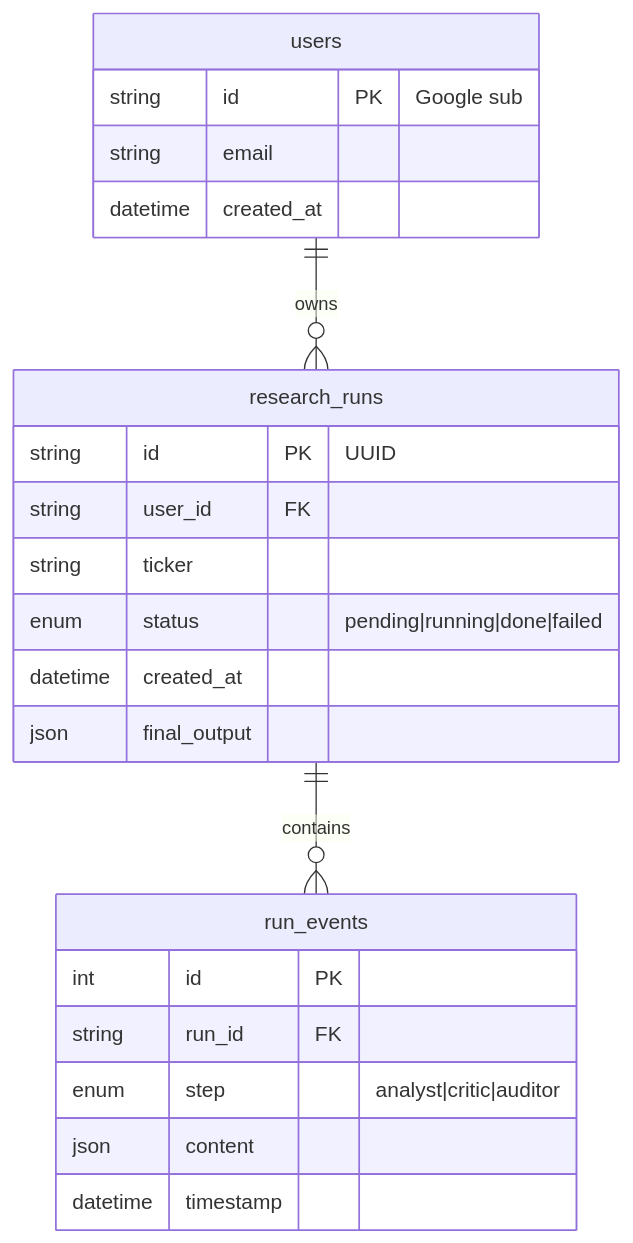
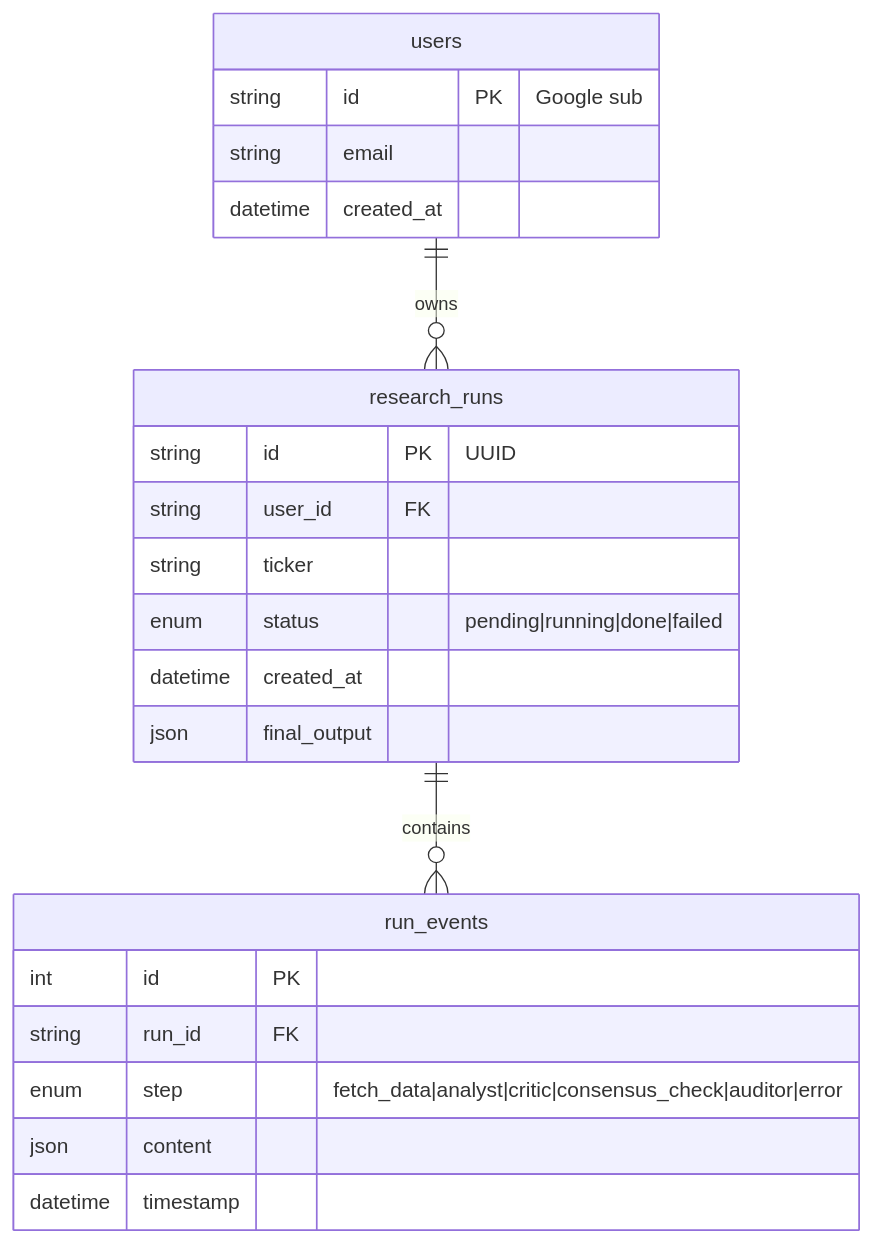
One commit to vishwas-png/financial-consensus-agent changed the third of 6 diagrams in docs/DESIGN.md. Above: the diagram before and after it, drawn with Mermaid. The commit also changed other lines of this file and 3 other files, not shown here.

````diff
--- a/docs/DESIGN.md
+++ b/docs/DESIGN.md
@@ -89,25 +89,25 @@
 ```mermaid
 erDiagram
     users ||--o{ research_runs : owns
     research_runs ||--o{ run_events : contains
     users {
         string id PK "Google sub"
         string email
         datetime created_at
     }
     research_runs {
         string id PK "UUID"
         string user_id FK
         string ticker
         enum status "pending|running|done|failed"
         datetime created_at
         json final_output
     }
     run_events {
         int id PK
         string run_id FK
-        enum step "analyst|critic|auditor"
+        enum step "fetch_data|analyst|critic|consensus_check|auditor|error"
         json content
         datetime timestamp
     }
 ```
````
